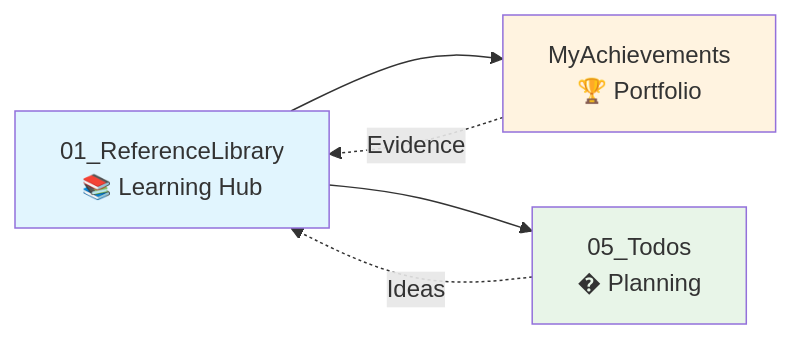
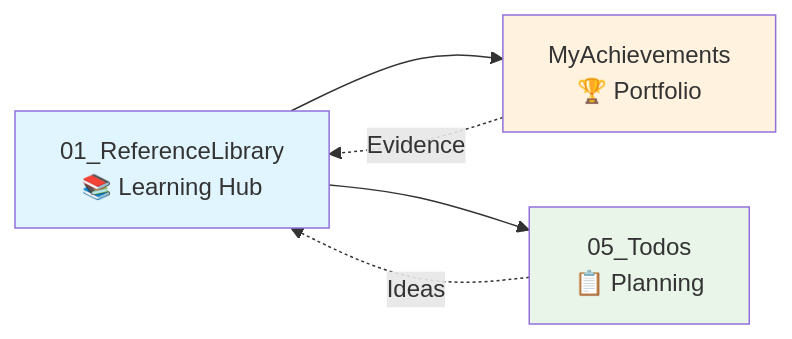
The third of 11 diagrams in README.md (Swamy-s-Tech-Skills-Academy/swamy-tech-skills-academy-main), drawn with Mermaid before and after one commit. The commit also changed other lines of this file and 243 other files, not shown here.

````diff
--- a/README.md
+++ b/README.md
@@ -93,11 +100,11 @@
 ```mermaid
 graph LR
     R[01_ReferenceLibrary<br/>📚 Learning Hub] --> M[MyAchievements<br/>🏆 Portfolio]
-    R --> T[05_Todos<br/>� Planning]
+    R --> T[05_Todos<br/>📋 Planning]
     M -. Evidence .-> R
     T -. Ideas .-> R
 
     style R fill:#e1f5fe
     style M fill:#fff3e0
     style T fill:#e8f5e8
 ```
````
